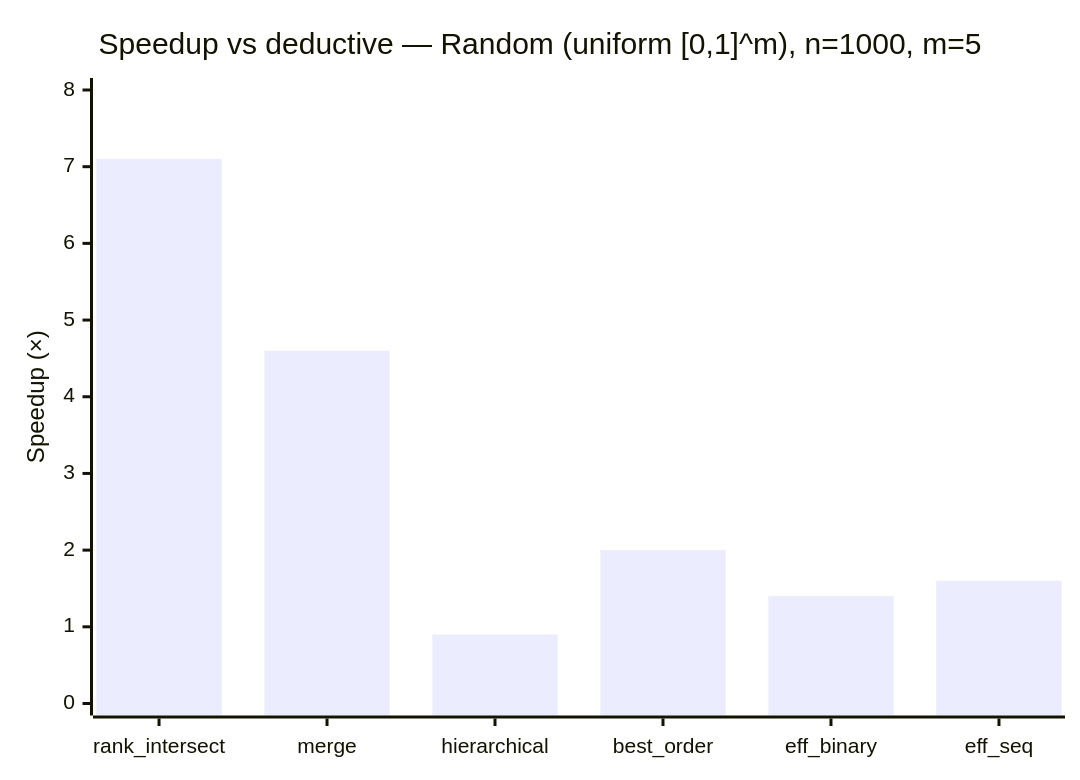
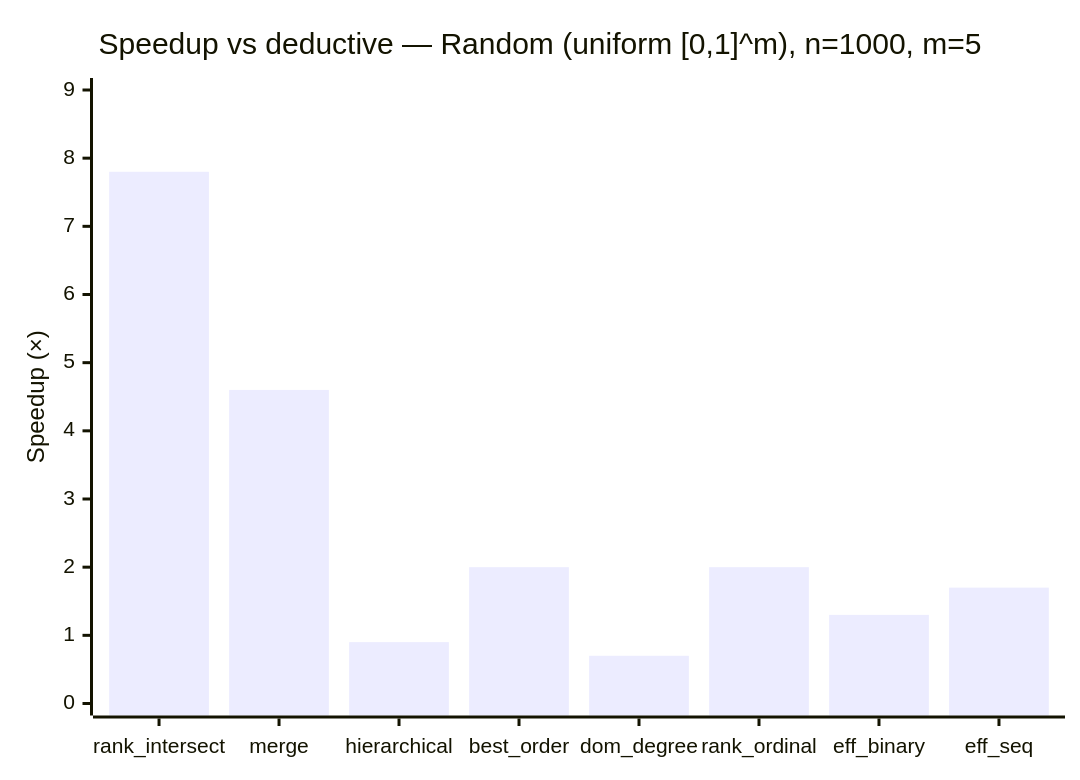
Before and after one commit to foolnotion/ndsort: the first of 8 diagrams in BENCHMARKS.md, drawn with Mermaid. The commit also changed other lines of this file and 3 other files, not shown here.

First line of the commit message:
feat: add dominance_degree and rank_ordinal to benchmarks; update docs

````diff
--- a/BENCHMARKS.md
+++ b/BENCHMARKS.md
@@ -48,7 +50,7 @@
 ```mermaid
 xychart-beta
     title "Speedup vs deductive — Random (uniform [0,1]^m), n=1000, m=5"
-    x-axis ["rank_intersect", "merge", "hierarchical", "best_order", "eff_binary", "eff_seq"]
-    y-axis "Speedup (×)" 0 --> 8
-    bar [7.1, 4.6, 0.9, 2.0, 1.4, 1.6]
+    x-axis ["rank_intersect", "merge", "hierarchical", "best_order", "dom_degree", "rank_ordinal", "eff_binary", "eff_seq"]
+    y-axis "Speedup (×)" 0 --> 9
+    bar [7.8, 4.6, 0.9, 2.0, 0.7, 2.0, 1.3, 1.7]
 ```
````
